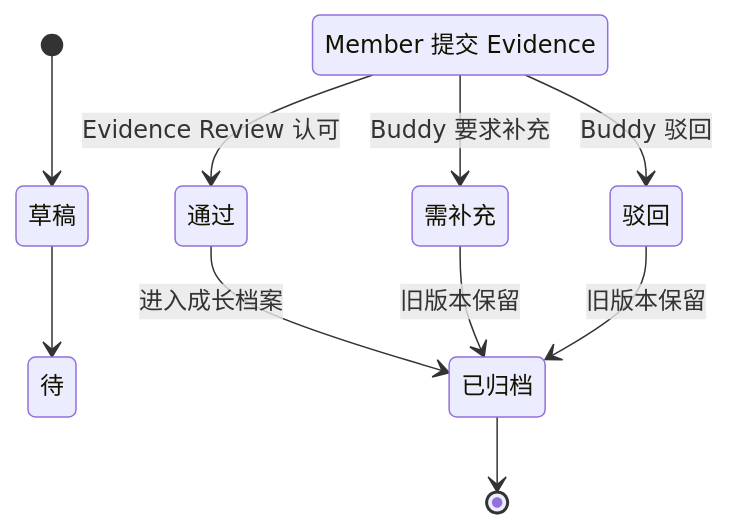
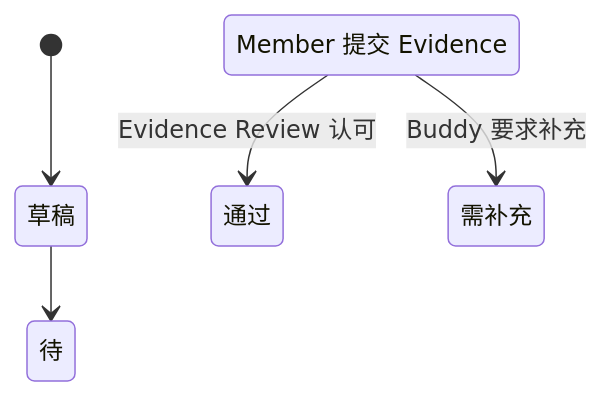
Before and after one commit to yinhui198456/team-capability-platform: the tenth of 11 diagrams in docs/02_Design.md, drawn with Mermaid. The commit also changed other lines of this file and 12 other files, not shown here.

````diff
--- a/docs/02_Design.md
+++ b/docs/02_Design.md
@@ -395,12 +403,7 @@
 ```mermaid
 stateDiagram-v2
     [*] --> 草稿
     草稿 --> 待 Review : Member 提交 Evidence
     待 Review --> 通过 : Evidence Review 认可
     待 Review --> 需补充 : Buddy 要求补充
-    待 Review --> 驳回 : Buddy 驳回
-    通过 --> 已归档 : 进入成长档案
-    需补充 --> 已归档 : 旧版本保留
-    驳回 --> 已归档 : 旧版本保留
-    已归档 --> [*]
 ```
````
